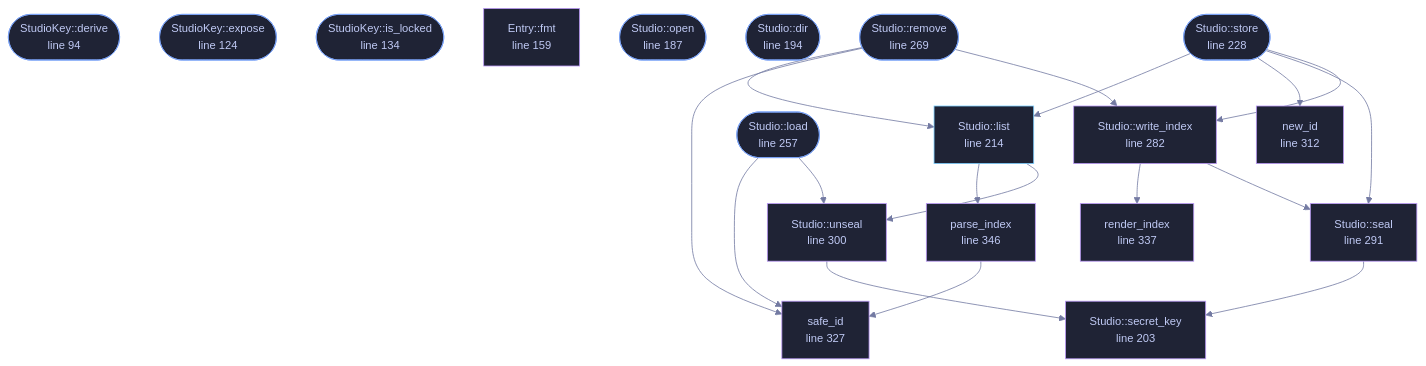
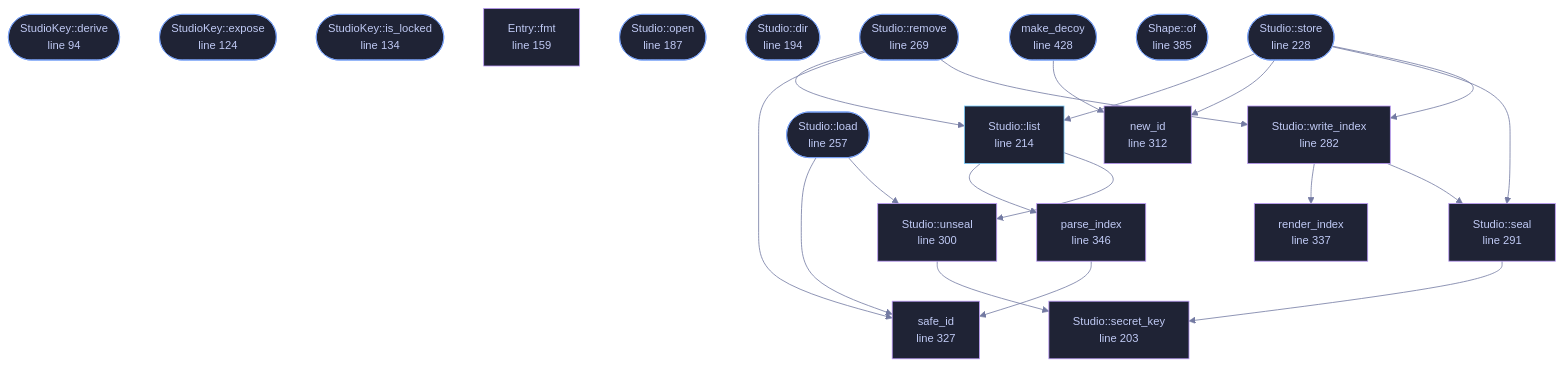
Before and after one commit to tilas01/veilvoice: the diagram in wiki/File-veilvoice-crypto-studio.md, drawn with Mermaid. The commit also changed other lines of this file and 15 other files, not shown here.

First line of the commit message:
crypto: decoy vaults, and what they are honestly worth

````diff
--- a/wiki/File-veilvoice-crypto-studio.md
+++ b/wiki/File-veilvoice-crypto-studio.md
@@ -111,62 +115,67 @@
 ```mermaid
 %%{init: {"theme":"base","themeVariables":{"background":"#1a1b26","primaryColor":"#1f2335","primaryTextColor":"#c0caf5","primaryBorderColor":"#7aa2f7","secondaryColor":"#16161e","tertiaryColor":"#16161e","lineColor":"#737aa2","textColor":"#c0caf5","mainBkg":"#1f2335","nodeBorder":"#7aa2f7","clusterBkg":"#16161e","clusterBorder":"#2f3549","fontFamily":"ui-monospace, SFMono-Regular, Consolas, monospace","fontSize":"14px"}}}%%
 flowchart TD
     n_derive(["StudioKey::derive<br/>line 94"])
     n_expose(["StudioKey::expose<br/>line 124"])
     n_is_locked(["StudioKey::is_locked<br/>line 134"])
     n_fmt["Entry::fmt<br/>line 159"]
     n_open(["Studio::open<br/>line 187"])
     n_dir(["Studio::dir<br/>line 194"])
     n_secret_key["Studio::secret_key<br/>line 203"]
     n_list["Studio::list<br/>line 214"]
     n_store(["Studio::store<br/>line 228"])
     n_load(["Studio::load<br/>line 257"])
     n_remove(["Studio::remove<br/>line 269"])
     n_write_index["Studio::write_index<br/>line 282"]
     n_seal["Studio::seal<br/>line 291"]
     n_unseal["Studio::unseal<br/>line 300"]
     n_new_id["new_id<br/>line 312"]
     n_safe_id["safe_id<br/>line 327"]
     n_render_index["render_index<br/>line 337"]
     n_parse_index["parse_index<br/>line 346"]
+    n_of(["Shape::of<br/>line 385"])
+    n_make_decoy(["make_decoy<br/>line 428"])
     n_list --> n_parse_index
     n_list --> n_unseal
     n_load --> n_safe_id
     n_load --> n_unseal
+    n_make_decoy --> n_new_id
     n_parse_index --> n_safe_id
     n_remove --> n_list
     n_remove --> n_safe_id
     n_remove --> n_write_index
     n_seal --> n_secret_key
     n_store --> n_list
     n_store --> n_new_id
     n_store --> n_seal
     n_store --> n_write_index
     n_unseal --> n_secret_key
     n_write_index --> n_render_index
     n_write_index --> n_seal
     click n_derive href "https://github.com/tilas01/veilvoice/blob/main/crates/veilvoice-crypto/src/studio.rs#L94" "open the source"
     click n_expose href "https://github.com/tilas01/veilvoice/blob/main/crates/veilvoice-crypto/src/studio.rs#L124" "open the source"
     click n_is_locked href "https://github.com/tilas01/veilvoice/blob/main/crates/veilvoice-crypto/src/studio.rs#L134" "open the source"
     click n_fmt href "https://github.com/tilas01/veilvoice/blob/main/crates/veilvoice-crypto/src/studio.rs#L159" "open the source"
     click n_open href "https://github.com/tilas01/veilvoice/blob/main/crates/veilvoice-crypto/src/studio.rs#L187" "open the source"
     click n_dir href "https://github.com/tilas01/veilvoice/blob/main/crates/veilvoice-crypto/src/studio.rs#L194" "open the source"
     click n_secret_key href "https://github.com/tilas01/veilvoice/blob/main/crates/veilvoice-crypto/src/studio.rs#L203" "open the source"
     click n_list href "https://github.com/tilas01/veilvoice/blob/main/crates/veilvoice-crypto/src/studio.rs#L214" "open the source"
     click n_store href "https://github.com/tilas01/veilvoice/blob/main/crates/veilvoice-crypto/src/studio.rs#L228" "open the source"
     click n_load href "https://github.com/tilas01/veilvoice/blob/main/crates/veilvoice-crypto/src/studio.rs#L257" "open the source"
     click n_remove href "https://github.com/tilas01/veilvoice/blob/main/crates/veilvoice-crypto/src/studio.rs#L269" "open the source"
     click n_write_index href "https://github.com/tilas01/veilvoice/blob/main/crates/veilvoice-crypto/src/studio.rs#L282" "open the source"
     click n_seal href "https://github.com/tilas01/veilvoice/blob/main/crates/veilvoice-crypto/src/studio.rs#L291" "open the source"
     click n_unseal href "https://github.com/tilas01/veilvoice/blob/main/crates/veilvoice-crypto/src/studio.rs#L300" "open the source"
     click n_new_id href "https://github.com/tilas01/veilvoice/blob/main/crates/veilvoice-crypto/src/studio.rs#L312" "open the source"
     click n_safe_id href "https://github.com/tilas01/veilvoice/blob/main/crates/veilvoice-crypto/src/studio.rs#L327" "open the source"
     click n_render_index href "https://github.com/tilas01/veilvoice/blob/main/crates/veilvoice-crypto/src/studio.rs#L337" "open the source"
     click n_parse_index href "https://github.com/tilas01/veilvoice/blob/main/crates/veilvoice-crypto/src/studio.rs#L346" "open the source"
+    click n_of href "https://github.com/tilas01/veilvoice/blob/main/crates/veilvoice-crypto/src/studio.rs#L385" "open the source"
+    click n_make_decoy href "https://github.com/tilas01/veilvoice/blob/main/crates/veilvoice-crypto/src/studio.rs#L428" "open the source"
     classDef entry fill:#1f2335,stroke:#7aa2f7,color:#c0caf5
-    class n_derive,n_expose,n_is_locked,n_open,n_dir,n_store,n_load,n_remove entry
+    class n_derive,n_expose,n_is_locked,n_open,n_dir,n_store,n_load,n_remove,n_of,n_make_decoy entry
     classDef api fill:#1f2335,stroke:#7dcfff,color:#c0caf5
     class n_list api
     classDef helper fill:#1f2335,stroke:#bb9af7,color:#c0caf5
     class n_fmt,n_secret_key,n_write_index,n_seal,n_unseal,n_new_id,n_safe_id,n_render_index,n_parse_index helper
 ```
````
